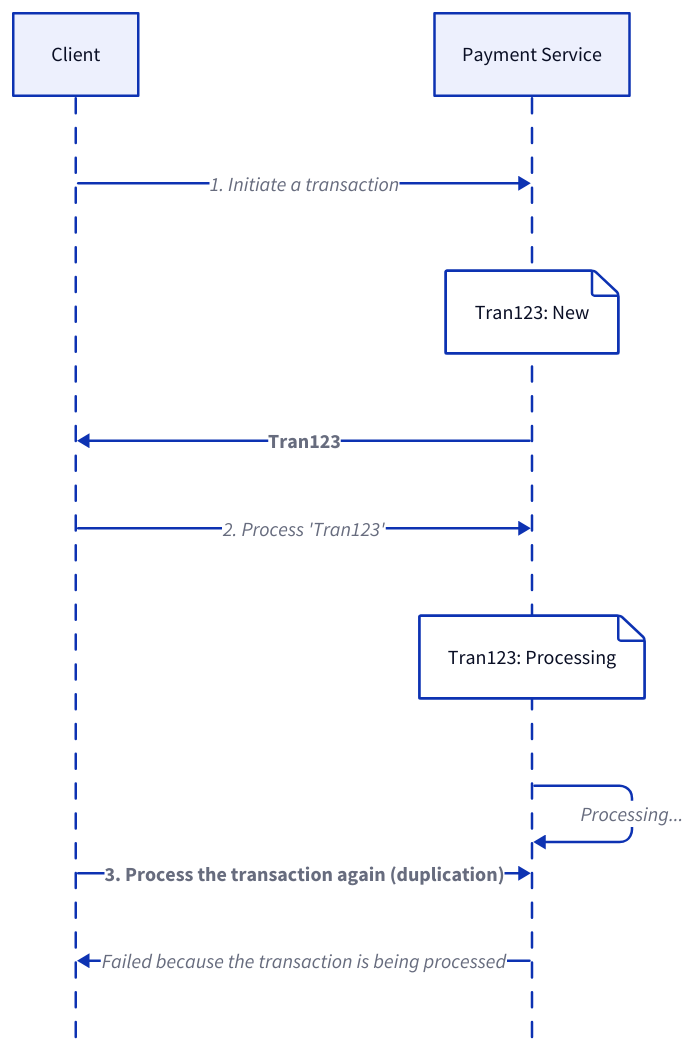
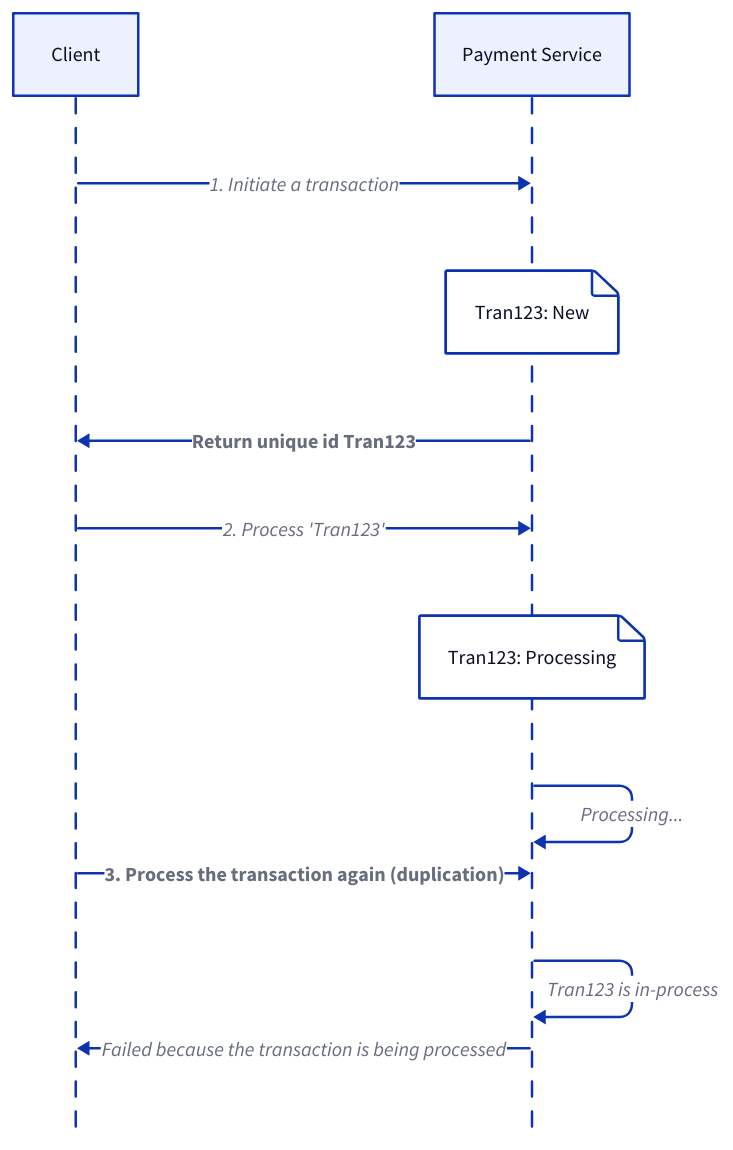
The third of 6 diagrams in content/web-service/api-design/_index.md (link1905/system-design-101), drawn with D2 before and after one commit. The commit also changed other lines of this file and 13 other files, not shown here.

````diff
--- a/content/web-service/api-design/_index.md
+++ b/content/web-service/api-design/_index.md
@@ -299,25 +234,26 @@
 ```d2
 shape: sequence_diagram
 c: Client {
     class: client
 }
 p: Payment Service
 c -> p: 1. Initiate a transaction
 p {
     "Tran123: New"
 }
-p -> c: "Tran123" {
+p -> c: "Return unique id Tran123" {
     style.bold: true
 }
 c -> p: "2. Process 'Tran123'"
 p {
     "Tran123: Processing"
 }
 p -> p: Processing...
 c -> p: 3. Process the transaction again (duplication) {
     style.bold: true
 }
+p -> p: "Tran123 is in-process"
 c <- p: Failed because the transaction is being processed {
     class: error-conn
 }
 ```
````
